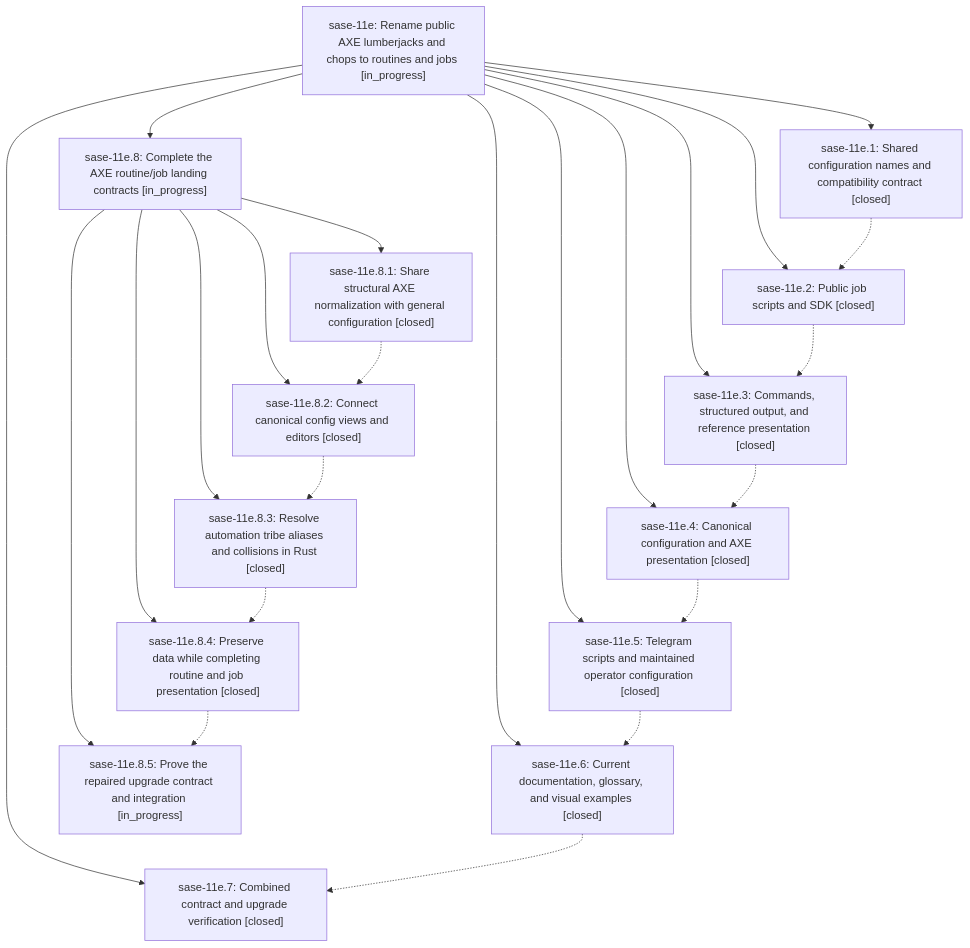
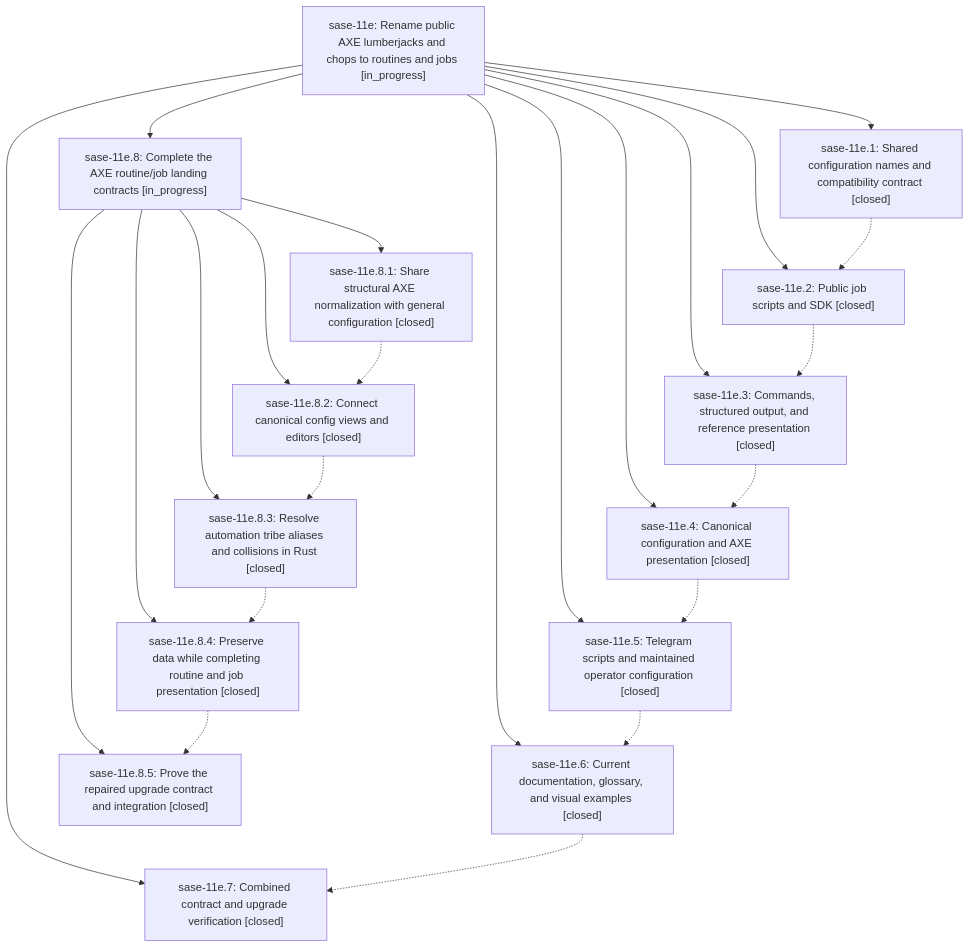
Before and after one commit to sase-org/sase--beads: the diagram in pages/sase-11e/README.md, drawn with Mermaid. The commit also changed other lines of this file and 4 other files, not shown here.

````diff
--- a/pages/sase-11e/README.md
+++ b/pages/sase-11e/README.md
@@ -42,40 +42,40 @@
 ```mermaid
 flowchart TD
     n0["sase-11e: Rename public AXE lumberjacks and chops to routines and jobs [in_progress]"]
     n1["sase-11e.1: Shared configuration names and compatibility contract [closed]"]
     n2["sase-11e.2: Public job scripts and SDK [closed]"]
     n3["sase-11e.3: Commands, structured output, and reference presentation [closed]"]
     n4["sase-11e.4: Canonical configuration and AXE presentation [closed]"]
     n5["sase-11e.5: Telegram scripts and maintained operator configuration [closed]"]
     n6["sase-11e.6: Current documentation, glossary, and visual examples [closed]"]
     n7["sase-11e.7: Combined contract and upgrade verification [closed]"]
     n8["sase-11e.8: Complete the AXE routine/job landing contracts [in_progress]"]
     n9["sase-11e.8.1: Share structural AXE normalization with general configuration [closed]"]
     n10["sase-11e.8.2: Connect canonical config views and editors [closed]"]
     n11["sase-11e.8.3: Resolve automation tribe aliases and collisions in Rust [closed]"]
     n12["sase-11e.8.4: Preserve data while completing routine and job presentation [closed]"]
-    n13["sase-11e.8.5: Prove the repaired upgrade contract and integration [in_progress]"]
+    n13["sase-11e.8.5: Prove the repaired upgrade contract and integration [closed]"]
     n0 --> n1
     n0 --> n2
     n0 --> n3
     n0 --> n4
     n0 --> n5
     n0 --> n6
     n0 --> n7
     n0 --> n8
     n8 --> n9
     n8 --> n10
     n8 --> n11
     n8 --> n12
     n8 --> n13
     n1 -.-> n2
     n2 -.-> n3
     n3 -.-> n4
     n4 -.-> n5
     n5 -.-> n6
     n6 -.-> n7
     n9 -.-> n10
     n10 -.-> n11
     n11 -.-> n12
     n12 -.-> n13
 ```
````
